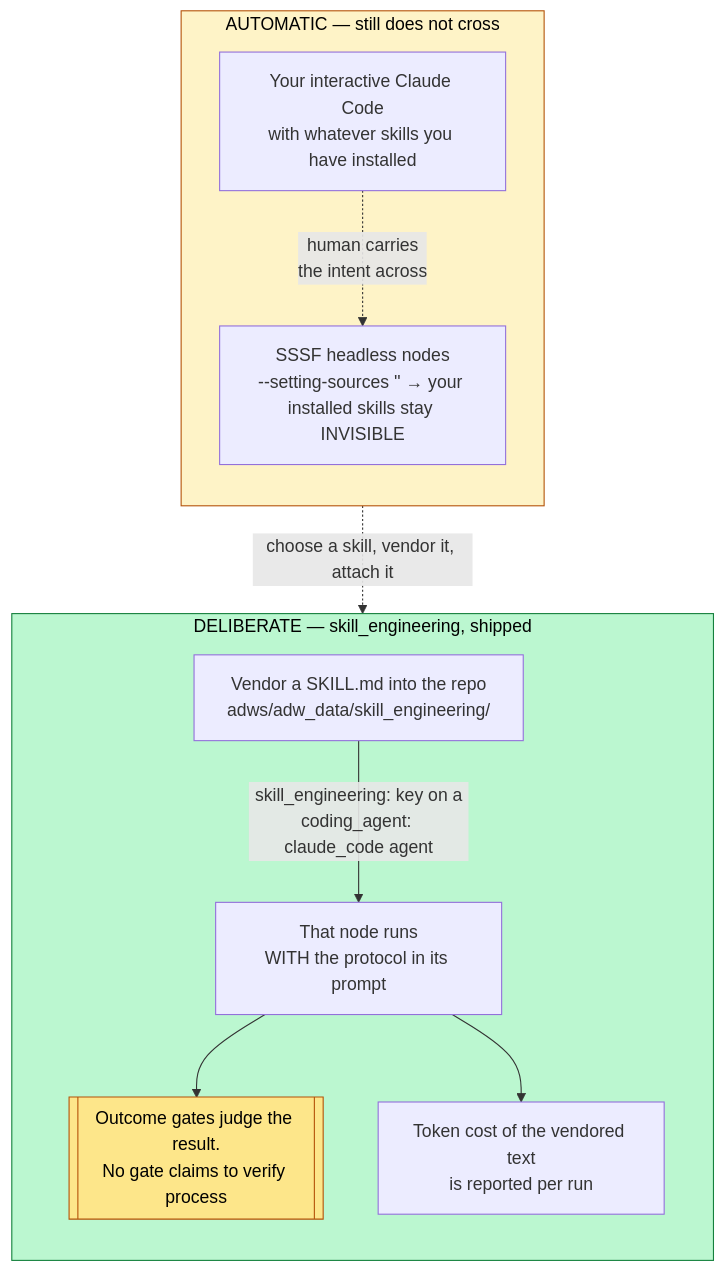
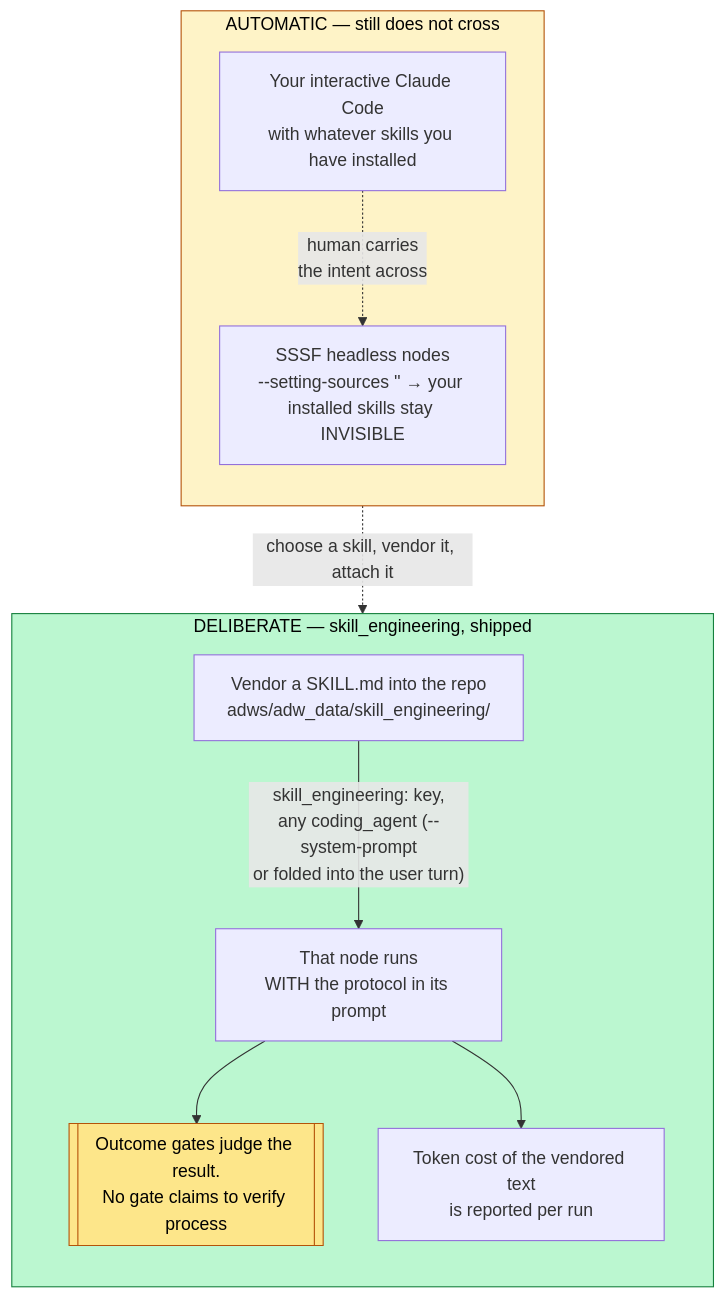
The fifth of 7 diagrams in docs/playbook-adopting-sssf.md (joystick/super-simple-software-factory), drawn with Mermaid before and after one commit. The commit also changed other lines of this file and 18 other files, not shown here.

````diff
--- a/docs/playbook-adopting-sssf.md
+++ b/docs/playbook-adopting-sssf.md
@@ -408,21 +408,21 @@
 ```mermaid
 flowchart TB
     subgraph AUTO["AUTOMATIC — still does not cross"]
         direction TB
         H1[Your interactive Claude Code<br/>with whatever skills you have installed] -.->|"human carries<br/>the intent across"| H2
         H2["SSSF headless nodes<br/>--setting-sources '' → your installed skills stay INVISIBLE"]
     end
 
     subgraph DELIB["DELIBERATE — skill_engineering, shipped"]
         direction TB
-        L1["Vendor a SKILL.md into the repo<br/>adws/adw_data/skill_engineering/"] -->|"skill_engineering: key on a<br/>coding_agent: claude_code agent"| L2[That node runs<br/>WITH the protocol in its prompt]
+        L1["Vendor a SKILL.md into the repo<br/>adws/adw_data/skill_engineering/"] -->|"skill_engineering: key,<br/>any coding_agent (--system-prompt<br/>or folded into the user turn)"| L2[That node runs<br/>WITH the protocol in its prompt]
         L2 --> L3[["Outcome gates judge the result.<br/>No gate claims to verify process"]]
         L2 --> L4[Token cost of the vendored text<br/>is reported per run]
     end
 
     AUTO -.->|"choose a skill, vendor it, attach it"| DELIB
 
     style AUTO fill:#fef3c7,stroke:#b45309,color:#000
     style DELIB fill:#bbf7d0,stroke:#15803d,color:#000
     style L3 fill:#fde68a,stroke:#b45309,color:#000
 ```
````
